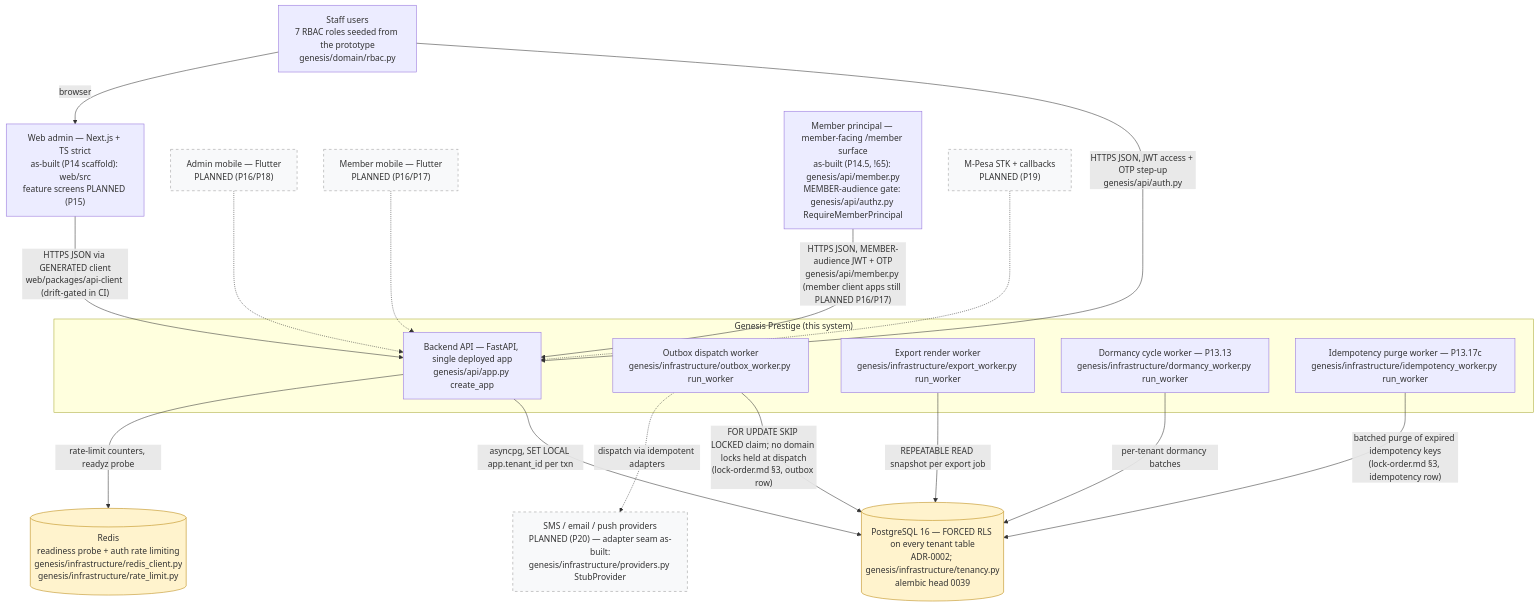
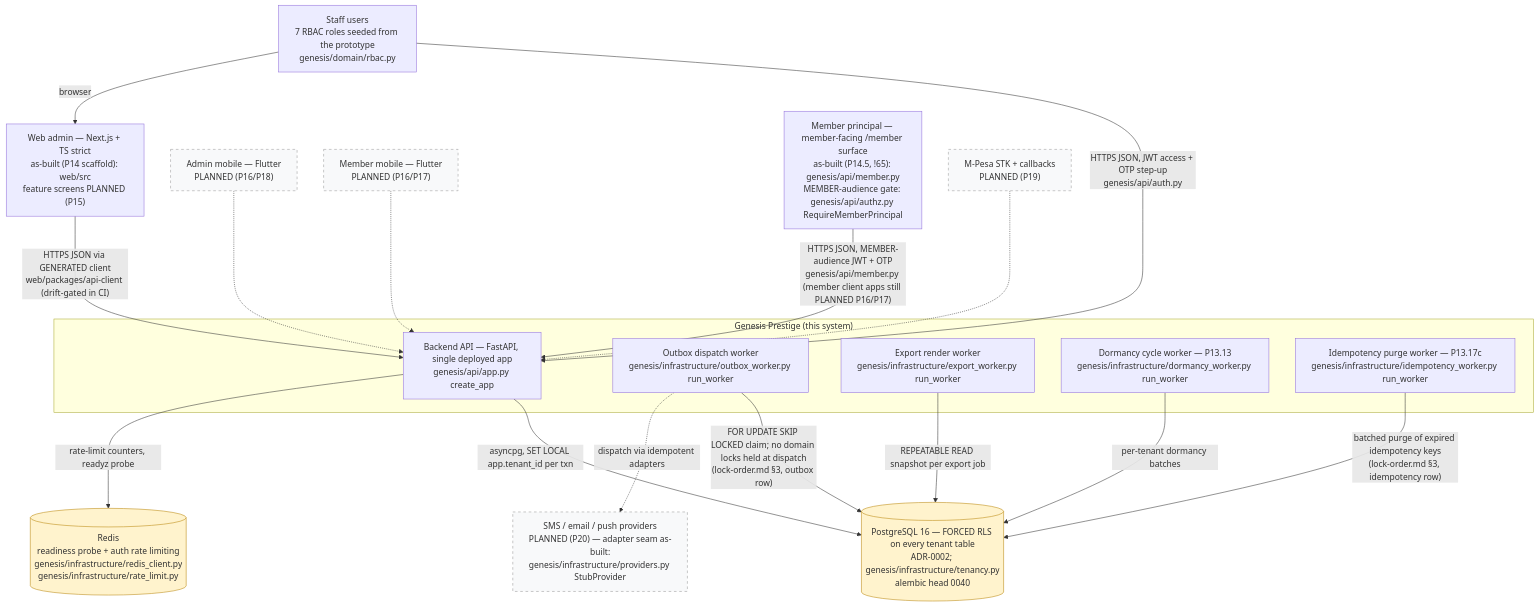
One commit to Benson-Kim/genesis-sacco changed the diagram in docs/diagrams/c4-context.md. Above: the diagram before and after it, drawn with Mermaid. The commit also changed other lines of this file and 26 other files, not shown here.

````diff
--- a/docs/diagrams/c4-context.md
+++ b/docs/diagrams/c4-context.md
@@ -44,46 +51,46 @@
 ```mermaid
 flowchart TB
     %% Authored against main @ 08541b860f1445b16c342c39b6606d86b9dbeb17
     %% L1 context — as-built boxes cite genesis modules; dashed = PLANNED (Pn).
 
     STAFF["Staff users<br/>7 RBAC roles seeded from the prototype<br/>genesis/domain/rbac.py"]
 
     subgraph SYS["Genesis Prestige (this system)"]
         API["Backend API — FastAPI, single deployed app<br/>genesis/api/app.py create_app"]
         OBW["Outbox dispatch worker<br/>genesis/infrastructure/outbox_worker.py run_worker"]
         EXW["Export render worker<br/>genesis/infrastructure/export_worker.py run_worker"]
         DMW["Dormancy cycle worker — P13.13<br/>genesis/infrastructure/dormancy_worker.py run_worker"]
         IDW["Idempotency purge worker — P13.17c<br/>genesis/infrastructure/idempotency_worker.py run_worker"]
     end
 
-    PG[("PostgreSQL 16 — FORCED RLS on every tenant table<br/>ADR-0002; genesis/infrastructure/tenancy.py<br/>alembic head 0039")]
+    PG[("PostgreSQL 16 — FORCED RLS on every tenant table<br/>ADR-0002; genesis/infrastructure/tenancy.py<br/>alembic head 0040")]
     RD[("Redis<br/>readiness probe + auth rate limiting<br/>genesis/infrastructure/redis_client.py<br/>genesis/infrastructure/rate_limit.py")]
 
     WEB["Web admin — Next.js + TS strict<br/>as-built (P14 scaffold): web/src<br/>feature screens PLANNED (P15)"]
     ADM["Admin mobile — Flutter<br/>PLANNED (P16/P18)"]
     MEM["Member mobile — Flutter<br/>PLANNED (P16/P17)"]
     MPR["Member principal — member-facing /member surface<br/>as-built (P14.5, !65): genesis/api/member.py<br/>MEMBER-audience gate: genesis/api/authz.py RequireMemberPrincipal"]
     MPESA["M-Pesa STK + callbacks<br/>PLANNED (P19)"]
     PROV["SMS / email / push providers<br/>PLANNED (P20) — adapter seam as-built:<br/>genesis/infrastructure/providers.py StubProvider"]
 
     STAFF -->|"HTTPS JSON, JWT access + OTP step-up<br/>genesis/api/auth.py"| API
     API -->|"asyncpg, SET LOCAL app.tenant_id per txn"| PG
     API -->|"rate-limit counters, readyz probe"| RD
     OBW -->|"FOR UPDATE SKIP LOCKED claim; no domain locks held at dispatch<br/>(lock-order.md §3, outbox row)"| PG
     EXW -->|"REPEATABLE READ snapshot per export job"| PG
     DMW -->|"per-tenant dormancy batches"| PG
     IDW -->|"batched purge of expired idempotency keys<br/>(lock-order.md §3, idempotency row)"| PG
     OBW -.->|"dispatch via idempotent adapters"| PROV
 
     STAFF -->|"browser"| WEB
     WEB -->|"HTTPS JSON via GENERATED client<br/>web/packages/api-client (drift-gated in CI)"| API
     ADM -.-> API
     MEM -.-> API
     MPR -->|"HTTPS JSON, MEMBER-audience JWT + OTP<br/>genesis/api/member.py (member client apps still PLANNED P16/P17)"| API
     MPESA -.-> API
 
     classDef planned fill:#f8f9fa,stroke:#999,stroke-dasharray: 5 5;
     class ADM,MEM,MPESA,PROV planned;
     classDef store fill:#fff3cd,stroke:#b8860b;
     class PG,RD store;
 ```
````
